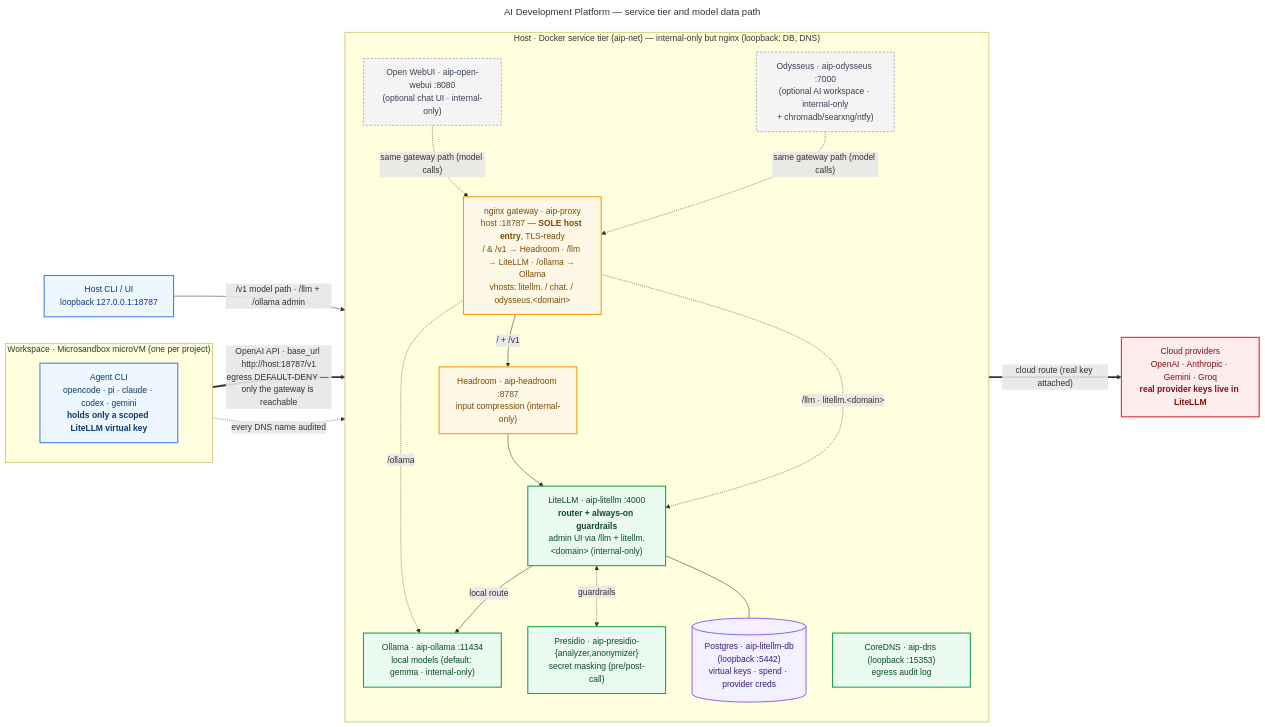
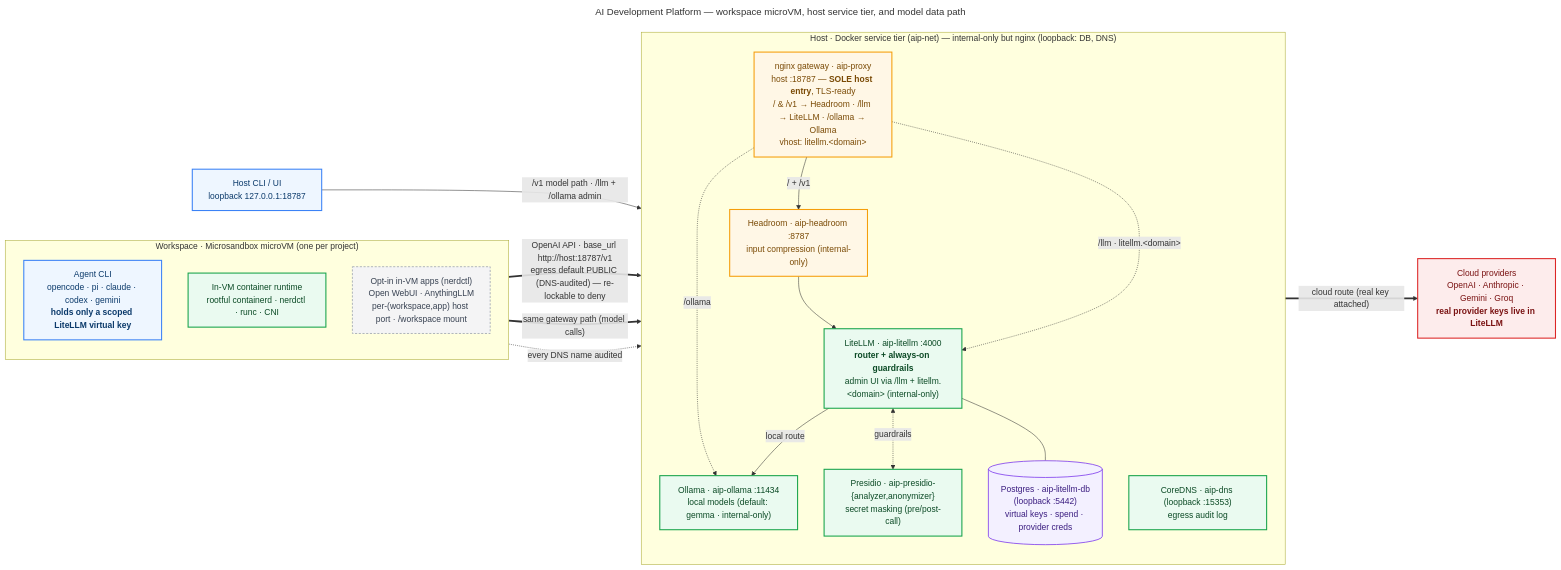
One commit to jt-helsinki/stack-genie changed the diagram in docs/architecture.mmd. Above: the diagram before and after it, drawn with Mermaid. The commit also changed 13 other files, not shown here.

```diff
--- a/docs/architecture.mmd
+++ b/docs/architecture.mmd
@@ -1,45 +1,43 @@
 ---
-title: AI Development Platform — service tier and model data path
+title: AI Development Platform — workspace microVM, host service tier, and model data path
 ---
 flowchart LR
   classDef vm fill:#eef6ff,stroke:#3b82f6,stroke-width:2px,color:#0b3a6b;
   classDef gw fill:#fff7e6,stroke:#f59e0b,stroke-width:2px,color:#7a4a05;
   classDef core fill:#eafaf0,stroke:#16a34a,stroke-width:2px,color:#0b4a25;
   classDef store fill:#f3f0ff,stroke:#7c3aed,stroke-width:1.5px,color:#3b1d80;
   classDef opt fill:#f4f4f5,stroke:#9ca3af,stroke-width:1.5px,stroke-dasharray:4 3,color:#374151;
   classDef cloud fill:#fdecec,stroke:#dc2626,stroke-width:2px,color:#7a1212;
 
   subgraph WS["Workspace · Microsandbox microVM (one per project)"]
     direction TB
     AGENT["Agent CLI<br/>opencode · pi · claude · codex · gemini<br/><b>holds only a scoped LiteLLM virtual key</b>"]:::vm
+    RT["In-VM container runtime<br/>rootful containerd · nerdctl · runc · CNI"]:::core
+    APPS["Opt-in in-VM apps (nerdctl)<br/>Open WebUI · AnythingLLM<br/>per-(workspace,app) host port · /workspace mount"]:::opt
   end
 
   subgraph TIER["Host · Docker service tier (aip-net) — internal-only but nginx (loopback: DB, DNS)"]
     direction TB
-    PROXY["nginx gateway · aip-proxy<br/>host :18787 — <b>SOLE host entry</b>, TLS-ready<br/>/ &amp; /v1 → Headroom · /llm → LiteLLM · /ollama → Ollama<br/>vhosts: litellm. / chat. / odysseus.&lt;domain&gt;"]:::gw
+    PROXY["nginx gateway · aip-proxy<br/>host :18787 — <b>SOLE host entry</b>, TLS-ready<br/>/ &amp; /v1 → Headroom · /llm → LiteLLM · /ollama → Ollama<br/>vhost: litellm.&lt;domain&gt;"]:::gw
     HEAD["Headroom · aip-headroom :8787<br/>input compression (internal-only)"]:::gw
     LLM["LiteLLM · aip-litellm :4000<br/><b>router + always-on guardrails</b><br/>admin UI via /llm + litellm.&lt;domain&gt; (internal-only)"]:::core
     PG[("Postgres · aip-litellm-db<br/>(loopback :5442)<br/>virtual keys · spend · provider creds")]:::store
     PRES["Presidio · aip-presidio-{analyzer,anonymizer}<br/>secret masking (pre/post-call)"]:::core
     OLL["Ollama · aip-ollama :11434<br/>local models (default: gemma · internal-only)"]:::core
     DNS["CoreDNS · aip-dns (loopback :15353)<br/>egress audit log"]:::core
-
-    OWUI["Open WebUI · aip-open-webui :8080<br/>(optional chat UI · internal-only)"]:::opt
-    ODY["Odysseus · aip-odysseus :7000<br/>(optional AI workspace · internal-only<br/>+ chromadb/searxng/ntfy)"]:::opt
   end
 
   CLI["Host CLI / UI<br/>loopback 127.0.0.1:18787"]:::vm
   CLOUD["Cloud providers<br/>OpenAI · Anthropic · Gemini · Groq<br/><b>real provider keys live in LiteLLM</b>"]:::cloud
 
-  AGENT == "OpenAI API · base_url http://host:18787/v1<br/>egress DEFAULT-DENY — only the gateway is reachable" ==> PROXY
+  AGENT == "OpenAI API · base_url http://host:18787/v1<br/>egress default PUBLIC (DNS-audited) — re-lockable to deny" ==> PROXY
+  APPS == "same gateway path (model calls)" ==> PROXY
   CLI -- "/v1 model path · /llm + /ollama admin" --> PROXY
   AGENT -. "every DNS name audited" .-> DNS
   PROXY -- "/ + /v1" --> HEAD --> LLM
   PROXY -. "/llm · litellm.&lt;domain&gt;" .-> LLM
   PROXY -. "/ollama" .-> OLL
   LLM <-. "guardrails" .-> PRES
   LLM --- PG
   LLM -- "local route" --> OLL
   LLM == "cloud route (real key attached)" ==> CLOUD
-  OWUI -. "same gateway path (model calls)" .-> PROXY
-  ODY  -. "same gateway path (model calls)" .-> PROXY
```
